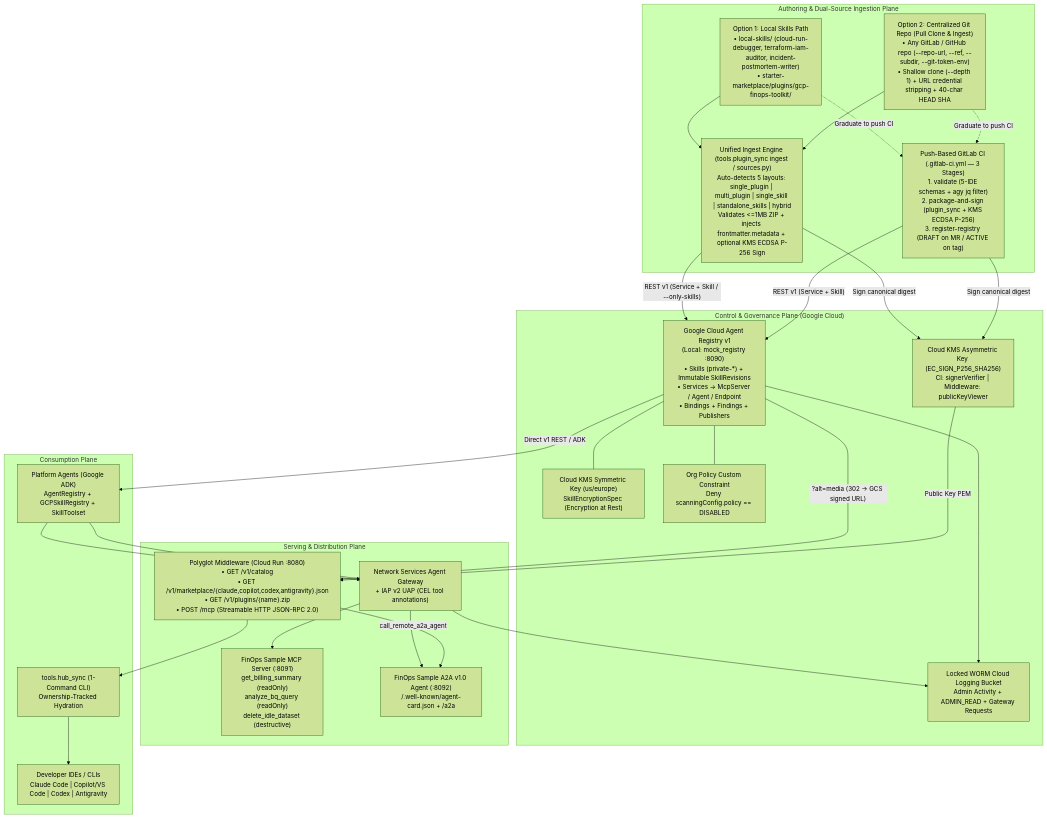
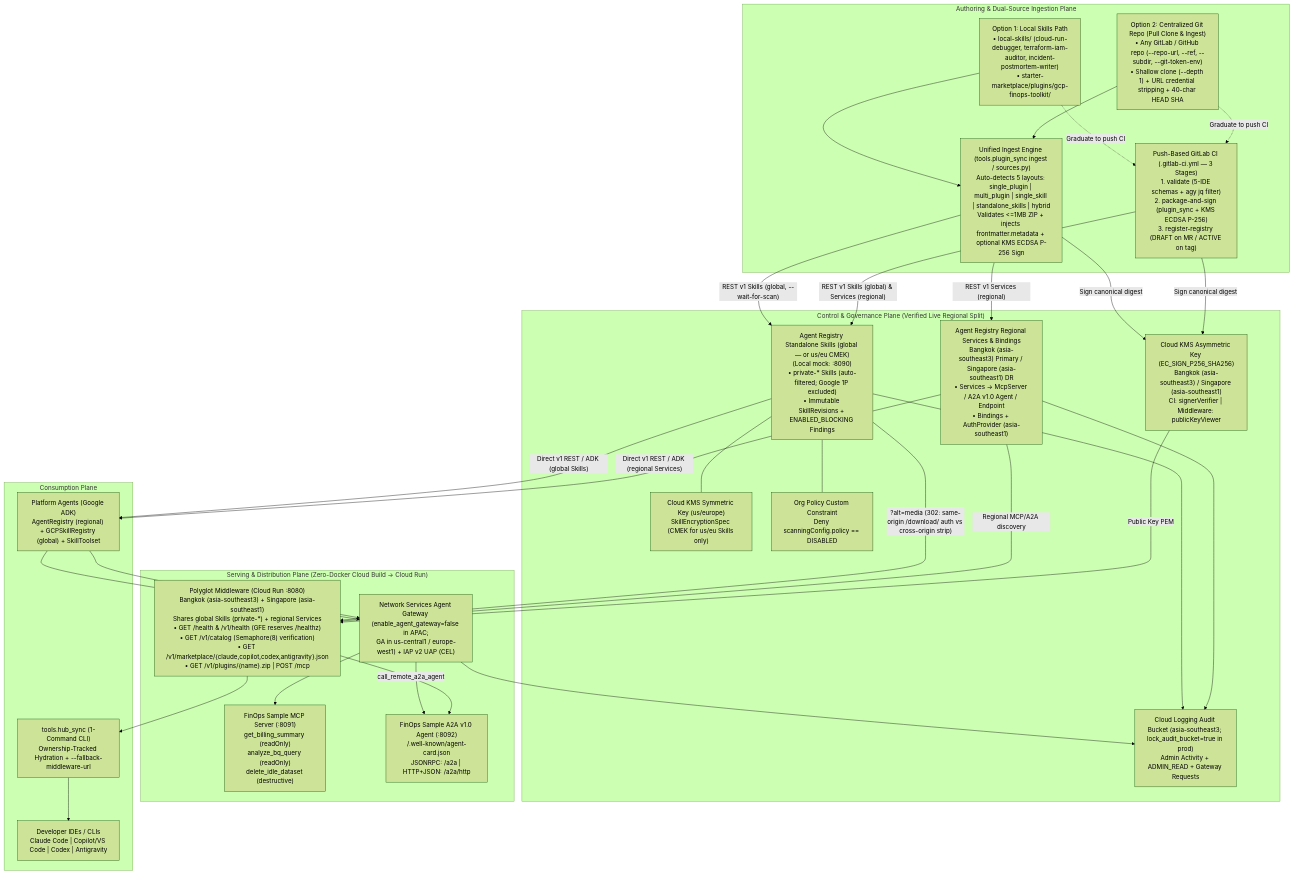
The first of 5 diagrams in docs/architecture.md (jiratouchmhp/agent-registry-marketplace-workshop), drawn with Mermaid (forest theme) before and after one commit. The commit also changed other lines of this file and 93 other files, not shown here.

Commit message:
Support Bangkok primary / Singapore secondary deployment, zero-Docker Cloud Build lifecycle, and live GCP validation fixes

````diff
--- a/docs/architecture.md
+++ b/docs/architecture.md
@@ -9,50 +9,55 @@
 ```mermaid
 flowchart TB
     subgraph DevAuthor["Authoring & Dual-Source Ingestion Plane"]
         OPT1["Option 1: Local Skills Path<br/>• local-skills/ (cloud-run-debugger, terraform-iam-auditor, incident-postmortem-writer)<br/>• starter-marketplace/plugins/gcp-finops-toolkit/"]
         OPT2["Option 2: Centralized Git Repo (Pull Clone & Ingest)<br/>• Any GitLab / GitHub repo (--repo-url, --ref, --subdir, --git-token-env)<br/>• Shallow clone (--depth 1) + URL credential stripping + 40-char HEAD SHA"]
         INGEST["Unified Ingest Engine (tools.plugin_sync ingest / sources.py)<br/>Auto-detects 5 layouts: single_plugin | multi_plugin | single_skill | standalone_skills | hybrid<br/>Validates <=1MB ZIP + injects frontmatter.metadata + optional KMS ECDSA P-256 Sign"]
         PIPE["Push-Based GitLab CI (.gitlab-ci.yml — 3 Stages)<br/>1. validate (5-IDE schemas + agy jq filter)<br/>2. package-and-sign (plugin_sync + KMS ECDSA P-256)<br/>3. register-registry (DRAFT on MR / ACTIVE on tag)"]
         OPT1 --> INGEST
         OPT2 --> INGEST
         OPT1 -.->|"Graduate to push CI"| PIPE
         OPT2 -.->|"Graduate to push CI"| PIPE
     end
 
-    subgraph GCPControl["Control & Governance Plane (Google Cloud)"]
-        AR["Google Cloud Agent Registry v1<br/>(Local: mock_registry :8090)<br/>• Skills (private-*) + Immutable SkillRevisions<br/>• Services -> McpServer / Agent / Endpoint<br/>• Bindings + Findings + Publishers"]
-        KMS_CMEK["Cloud KMS Symmetric Key (us/europe)<br/>SkillEncryptionSpec (Encryption at Rest)"]
-        KMS_SIGN["Cloud KMS Asymmetric Key (EC_SIGN_P256_SHA256)<br/>CI: signerVerifier | Middleware: publicKeyViewer"]
+    subgraph GCPControl["Control & Governance Plane (Verified Live Regional Split)"]
+        AR_SK["Agent Registry Standalone Skills (global — or us/eu CMEK)<br/>(Local mock: :8090)<br/>• private-* Skills (auto-filtered; Google 1P excluded)<br/>• Immutable SkillRevisions + ENABLED_BLOCKING Findings"]
+        AR_SV["Agent Registry Regional Services & Bindings<br/>Bangkok (asia-southeast3) Primary / Singapore (asia-southeast1) DR<br/>• Services -> McpServer / A2A v1.0 Agent / Endpoint<br/>• Bindings + AuthProvider (asia-southeast1)"]
+        KMS_CMEK["Cloud KMS Symmetric Key (us/europe)<br/>SkillEncryptionSpec (CMEK for us/eu Skills only)"]
+        KMS_SIGN["Cloud KMS Asymmetric Key (EC_SIGN_P256_SHA256)<br/>Bangkok (asia-southeast3) / Singapore (asia-southeast1)<br/>CI: signerVerifier | Middleware: publicKeyViewer"]
         ORGPOL["Org Policy Custom Constraint<br/>Deny scanningConfig.policy == DISABLED"]
-        AUDIT["Locked WORM Cloud Logging Bucket<br/>Admin Activity + ADMIN_READ + Gateway Requests"]
-        AR --- KMS_CMEK
-        AR --- ORGPOL
-        AR --> AUDIT
+        AUDIT["Cloud Logging Audit Bucket (asia-southeast3; lock_audit_bucket=true in prod)<br/>Admin Activity + ADMIN_READ + Gateway Requests"]
+        AR_SK --- KMS_CMEK
+        AR_SK --- ORGPOL
+        AR_SK --> AUDIT
+        AR_SV --> AUDIT
     end
 
-    subgraph RuntimeServe["Serving & Distribution Plane"]
-        MW["Polyglot Middleware (Cloud Run :8080)<br/>• GET /v1/catalog<br/>• GET /v1/marketplace/{claude,copilot,codex,antigravity}.json<br/>• GET /v1/plugins/{name}.zip<br/>• POST /mcp (Streamable HTTP JSON-RPC 2.0)"]
+    subgraph RuntimeServe["Serving & Distribution Plane (Zero-Docker Cloud Build -> Cloud Run)"]
+        MW["Polyglot Middleware (Cloud Run :8080)<br/>Bangkok (asia-southeast3) + Singapore (asia-southeast1)<br/>Shares global Skills (private-*) + regional Services<br/>• GET /health & /v1/health (GFE reserves /healthz)<br/>• GET /v1/catalog (Semaphore(8) verification)<br/>• GET /v1/marketplace/{claude,copilot,codex,antigravity}.json<br/>• GET /v1/plugins/{name}.zip | POST /mcp"]
         MCP_S["FinOps Sample MCP Server (:8091)<br/>get_billing_summary (readOnly)<br/>analyze_bq_query (readOnly)<br/>delete_idle_dataset (destructive)"]
-        A2A_S["FinOps Sample A2A v1.0 Agent (:8092)<br/>/.well-known/agent-card.json + /a2a"]
-        GW["Network Services Agent Gateway<br/>+ IAP v2 UAP (CEL tool annotations)"]
+        A2A_S["FinOps Sample A2A v1.0 Agent (:8092)<br/>/.well-known/agent-card.json<br/>JSONRPC: /a2a | HTTP+JSON: /a2a/http"]
+        GW["Network Services Agent Gateway (enable_agent_gateway=false in APAC;<br/>GA in us-central1 / europe-west1) + IAP v2 UAP (CEL)"]
     end
 
     subgraph Consumers["Consumption Plane"]
-        HUB["tools.hub_sync (1-Command CLI)<br/>Ownership-Tracked Hydration"]
+        HUB["tools.hub_sync (1-Command CLI)<br/>Ownership-Tracked Hydration + --fallback-middleware-url"]
         IDES["Developer IDEs / CLIs<br/>Claude Code | Copilot/VS Code | Codex | Antigravity"]
-        ADK["Platform Agents (Google ADK)<br/>AgentRegistry + GCPSkillRegistry + SkillToolset"]
+        ADK["Platform Agents (Google ADK)<br/>AgentRegistry (regional) + GCPSkillRegistry (global) + SkillToolset"]
     end
 
     INGEST -->|"Sign canonical digest"| KMS_SIGN
-    INGEST -->|"REST v1 (Service + Skill / --only-skills)"| AR
+    INGEST -->|"REST v1 Skills (global, --wait-for-scan)"| AR_SK
+    INGEST -->|"REST v1 Services (regional)"| AR_SV
     PIPE -->|"Sign canonical digest"| KMS_SIGN
-    PIPE -->|"REST v1 (Service + Skill)"| AR
-    AR -->|"?alt=media (302 -> GCS signed URL)"| MW
+    PIPE -->|"REST v1 Skills (global) & Services (regional)"| AR_SK
+    AR_SK -->|"?alt=media (302: same-origin /download/ auth vs cross-origin strip)"| MW
+    AR_SV -->|"Regional MCP/A2A discovery"| MW
     KMS_SIGN -->|"Public Key PEM"| MW
     MW --> HUB --> IDES
-    AR -->|"Direct v1 REST / ADK"| ADK
+    AR_SK -->|"Direct v1 REST / ADK (global Skills)"| ADK
+    AR_SV -->|"Direct v1 REST / ADK (regional Services)"| ADK
     ADK --> GW --> MCP_S
     ADK --> GW --> A2A_S
     MW -->|"call_remote_a2a_agent"| A2A_S
     GW --> AUDIT
 ```
````
